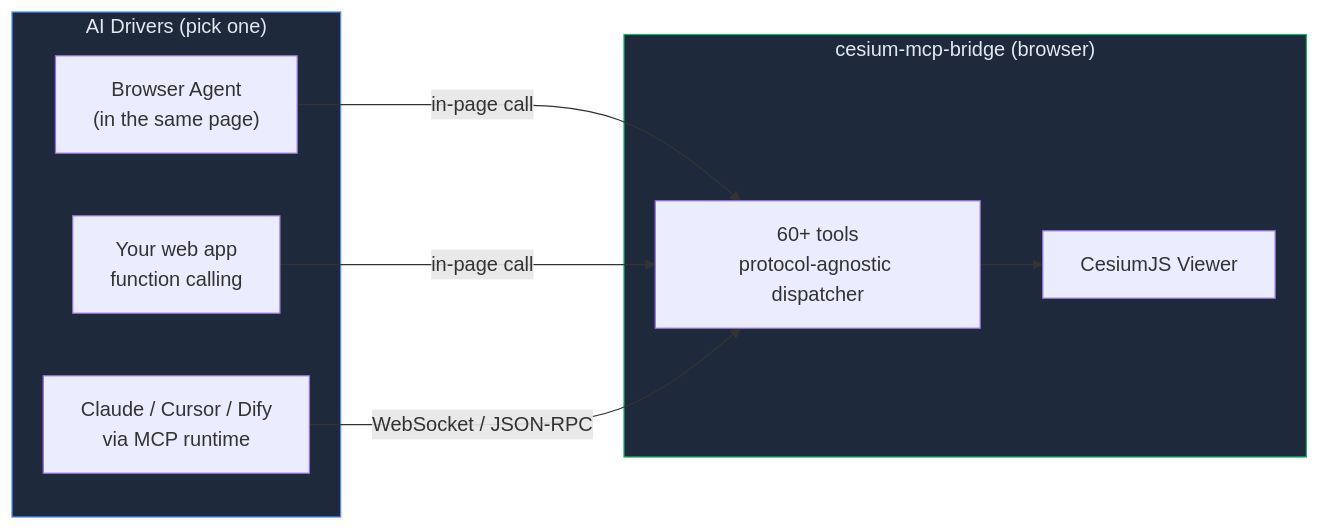
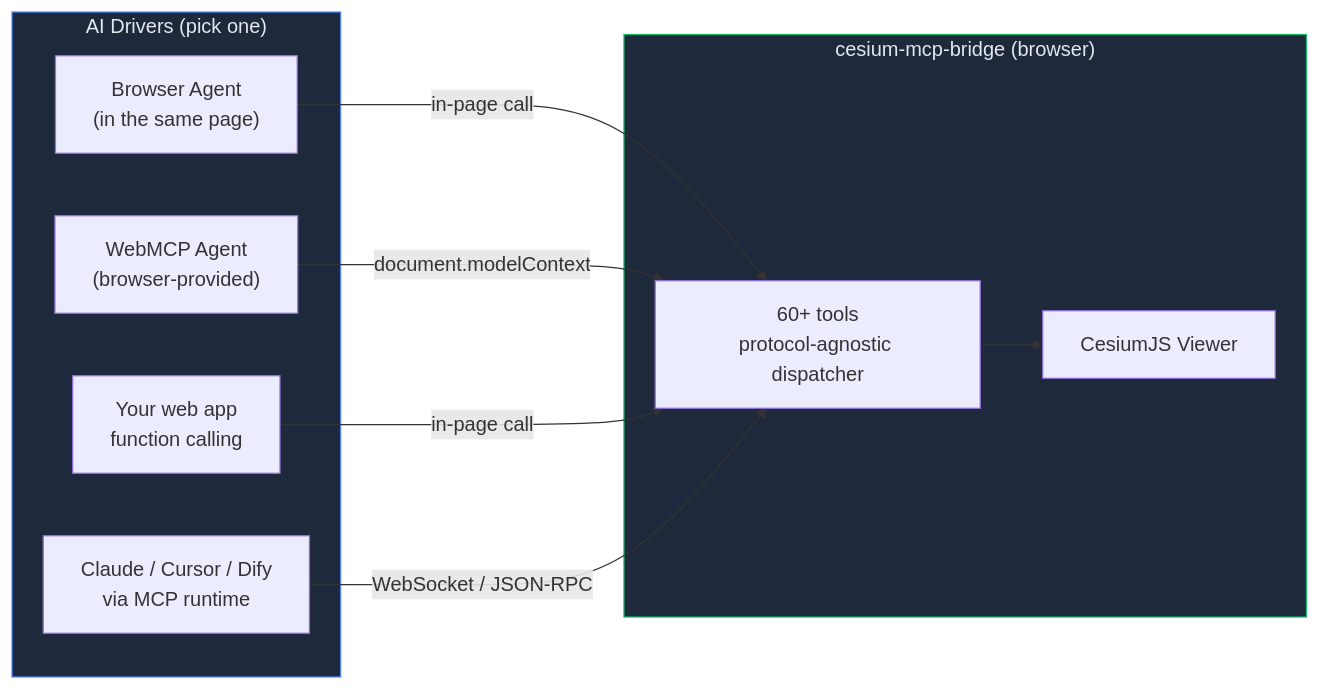
The diagram in README.md (gaopengbin/cesium-mcp), drawn with Mermaid before and after one commit. The commit also changed other lines of this file and 38 other files, not shown here.

Commit message:
feat: add WebMCP browser integration

````diff
--- a/README.md
+++ b/README.md
@@ -51,21 +51,23 @@
 ```mermaid
 flowchart LR
   subgraph clients ["AI Drivers (pick one)"]
     BA["Browser Agent\n(in the same page)"]
+    WM["WebMCP Agent\n(browser-provided)"]
     FC["Your web app\nfunction calling"]
     MCP["Claude / Cursor / Dify\nvia MCP runtime"]
   end
 
   subgraph core ["cesium-mcp-bridge (browser)"]
     B["60+ tools\nprotocol-agnostic dispatcher"]
     C["CesiumJS Viewer"]
   end
 
   BA -- "in-page call" --> B
+  WM -- "document.modelContext" --> B
   FC -- "in-page call" --> B
   MCP -- "WebSocket / JSON-RPC" --> B
   B --> C
 
   style clients fill:#1e293b,stroke:#528bff,color:#e2e8f0
   style core fill:#1e293b,stroke:#12B76A,color:#e2e8f0
 ```
````
